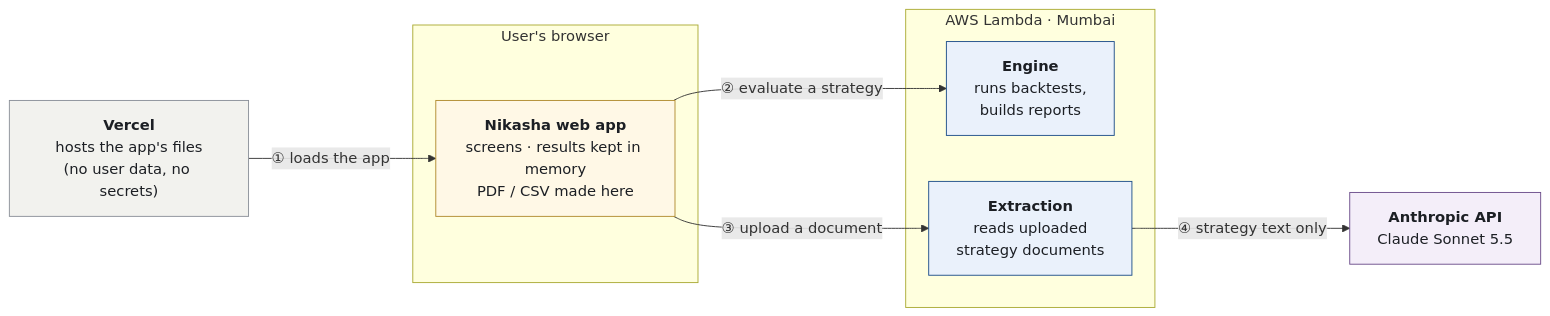
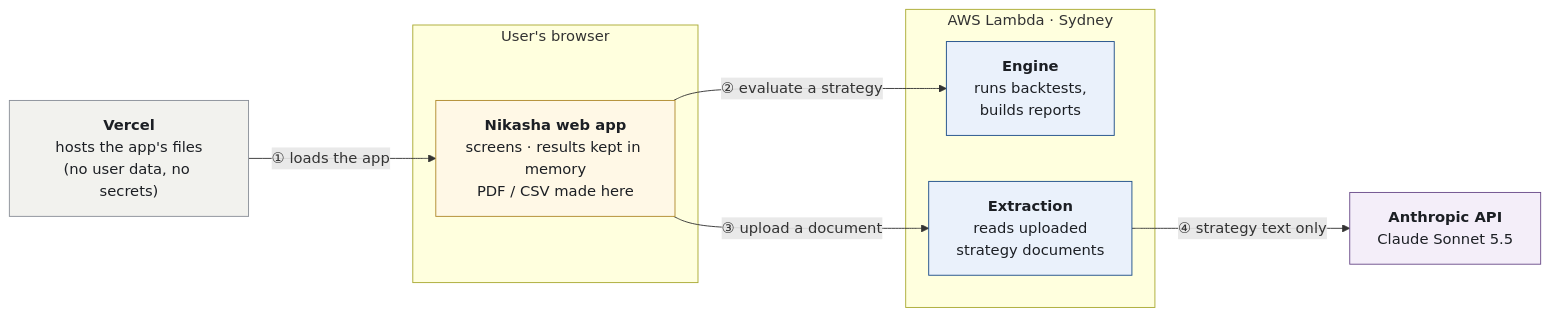
The first of 3 diagrams in specs/architecture.md (TarunSaxena123/nikasha), drawn with Mermaid before and after one commit. The commit also changed other lines of this file and 5 other files, not shown here.

````diff
--- a/specs/architecture.md
+++ b/specs/architecture.md
@@ -13,29 +13,29 @@
 ```mermaid
 flowchart LR
   VERCEL["<b>Vercel</b><br/>hosts the app's files<br/>(no user data, no secrets)"]
 
   subgraph BROWSER["User's browser"]
     APP["<b>Nikasha web app</b><br/>screens · results kept in memory<br/>PDF / CSV made here"]
   end
 
-  subgraph AWS["AWS Lambda · Mumbai"]
+  subgraph AWS["AWS Lambda · Sydney"]
     ENGINE["<b>Engine</b><br/>runs backtests,<br/>builds reports"]
     EXTRACT["<b>Extraction</b><br/>reads uploaded<br/>strategy documents"]
   end
 
   CLAUDE["<b>Anthropic API</b><br/>Claude Sonnet 5.5"]
 
   VERCEL -->|"① loads the app"| APP
   APP -->|"② evaluate a strategy"| ENGINE
   APP -->|"③ upload a document"| EXTRACT
   EXTRACT -->|"④ strategy text only"| CLAUDE
 
   classDef host fill:#F2F2EE,stroke:#8A8F98,color:#1C1F24
   classDef app fill:#FFF8E6,stroke:#B08A2E,color:#1C1F24
   classDef fn fill:#EAF1FB,stroke:#1D4E89,color:#1C1F24
   classDef ext fill:#F4EEF9,stroke:#6B4C8A,color:#1C1F24
   class VERCEL host
   class APP app
   class ENGINE,EXTRACT fn
   class CLAUDE ext
 ```
````
